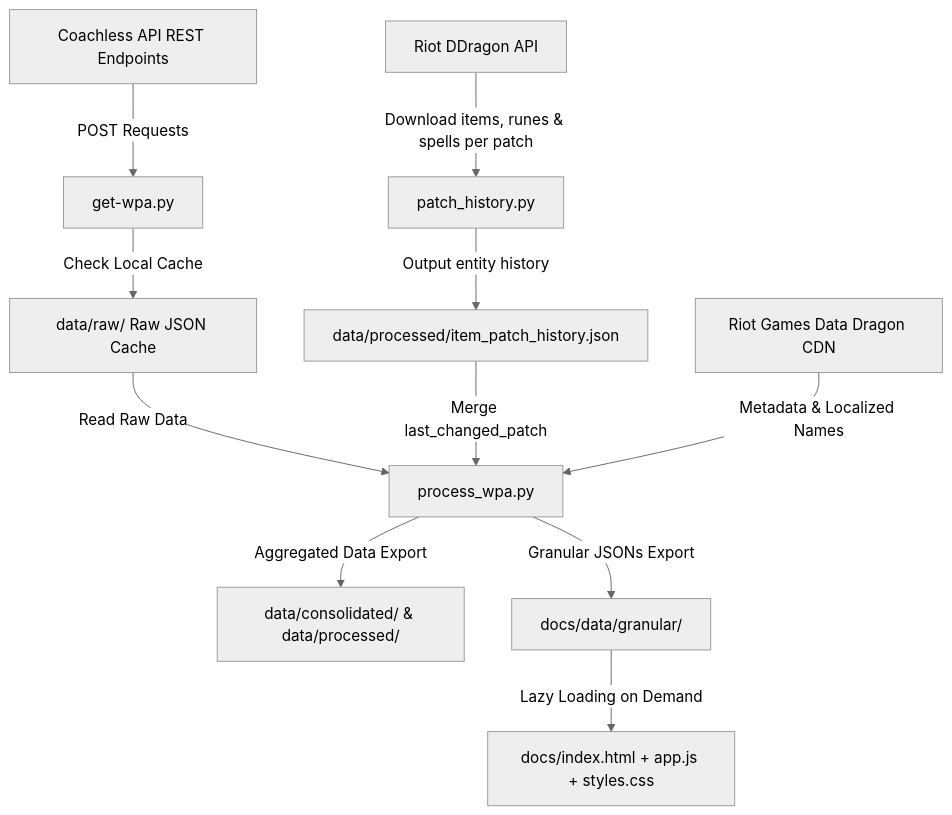
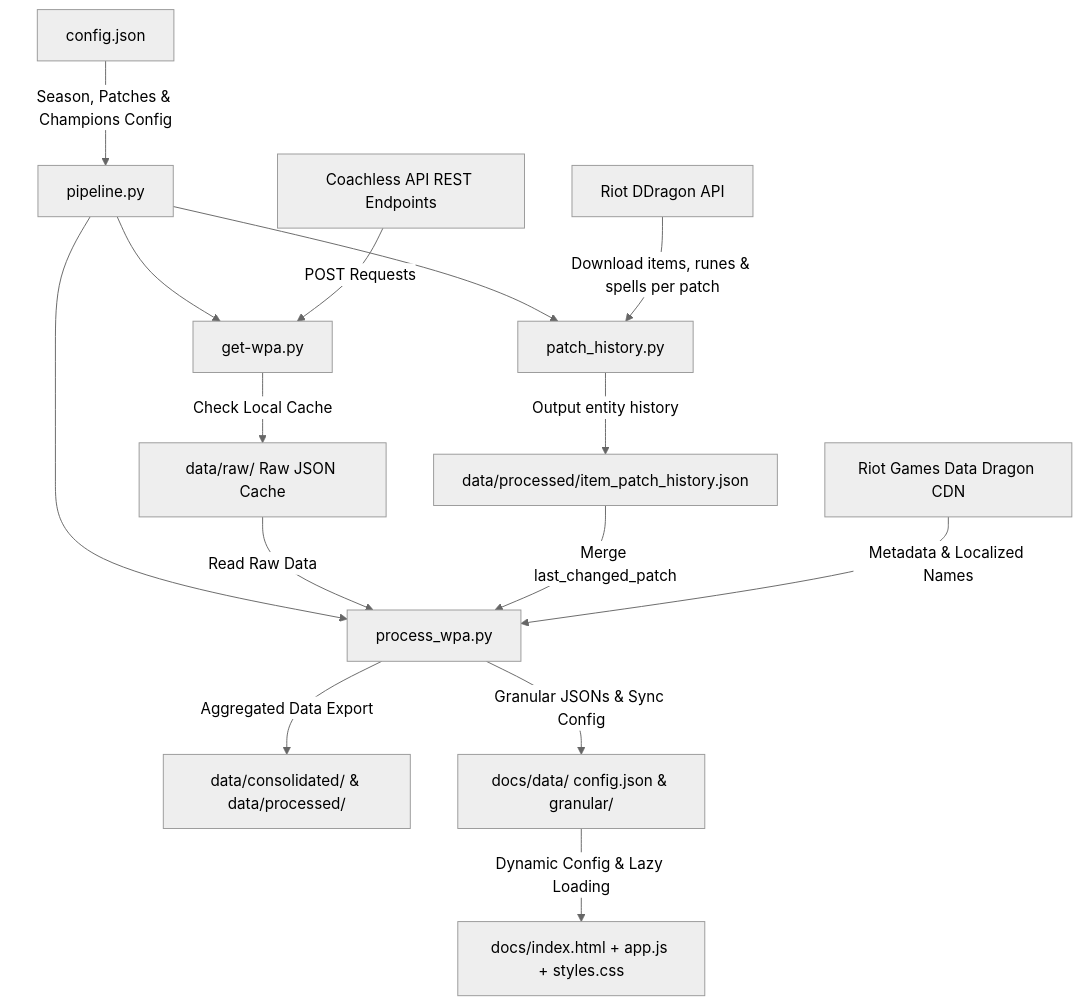
The diagram in memory-bank/systemPatterns.md (Zinko5/Zinkoachless), drawn with Mermaid (neutral theme) before and after one commit. The commit also changed other lines of this file and 195 other files, not shown here.

Commit message:
feat: centralizar configuracion en config.json, agregar pipeline.py y actualizar datos

````diff
--- a/memory-bank/systemPatterns.md
+++ b/memory-bank/systemPatterns.md
@@ -5,13 +5,17 @@
 ```mermaid
 flowchart TD
-    A[Coachless API REST Endpoints] -->|POST Requests| B[get-wpa.py]
+    CFG[config.json] -->|Season, Patches & Champions Config| PIPE[pipeline.py]
+    PIPE --> B[get-wpa.py]
+    PIPE --> DDiff[patch_history.py]
+    PIPE --> D[process_wpa.py]
+    A[Coachless API REST Endpoints] -->|POST Requests| B
     B -->|Check Local Cache| C[data/raw/ Raw JSON Cache]
-    DDragon[Riot DDragon API] -->|Download items, runes & spells per patch| DDiff[patch_history.py]
+    DDragon[Riot DDragon API] -->|Download items, runes & spells per patch| DDiff
     DDiff -->|Output entity history| DHist[data/processed/item_patch_history.json]
-    C -->|Read Raw Data| D[process_wpa.py]
+    C -->|Read Raw Data| D
     DHist -->|Merge last_changed_patch| D
     E[Riot Games Data Dragon CDN] -->|Metadata & Localized Names| D
     D -->|Aggregated Data Export| F[data/consolidated/ & data/processed/]
-    D -->|Granular JSONs Export| G[docs/data/granular/]
-    G -->|Lazy Loading on Demand| H[docs/index.html + app.js + styles.css]
+    D -->|Granular JSONs & Sync Config| G[docs/data/ config.json & granular/]
+    G -->|Dynamic Config & Lazy Loading| H[docs/index.html + app.js + styles.css]
 ```
````
